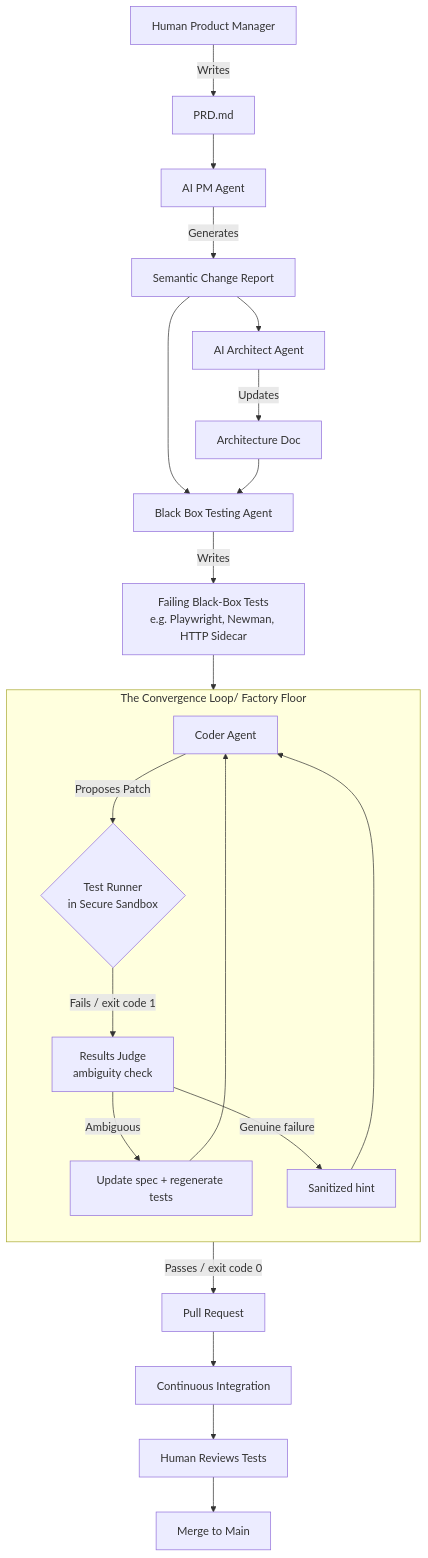
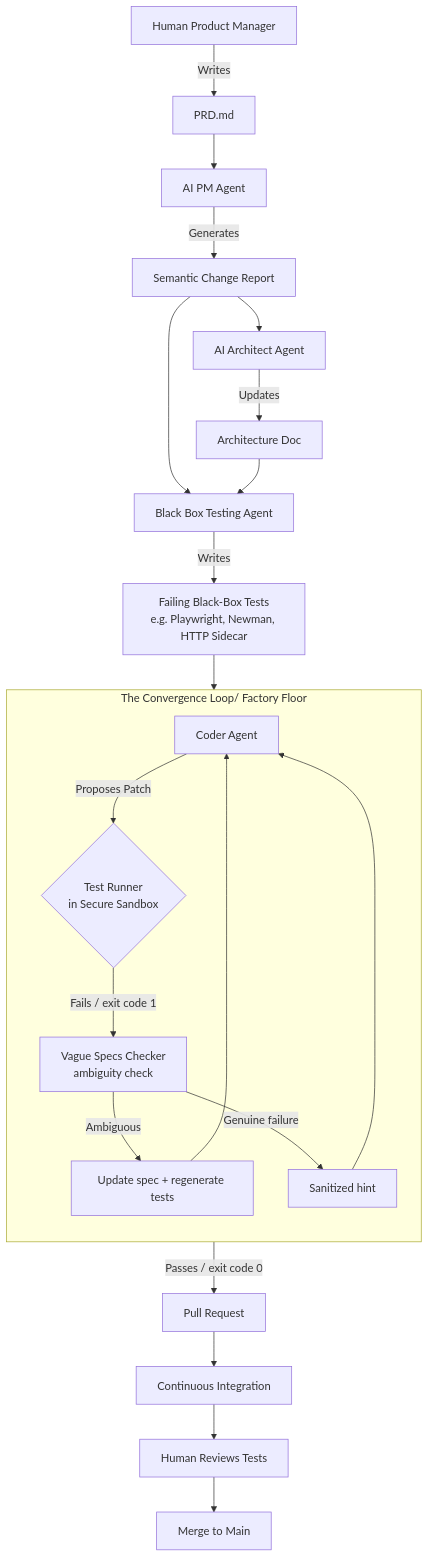
Before and after one commit to JuroOravec/safe-ai-factory: the diagram in docs/development/v0/README.md, drawn with Mermaid. The commit also changed other lines of this file and 161 other files, not shown here.

````diff
--- a/docs/development/v0/README.md
+++ b/docs/development/v0/README.md
@@ -18,35 +18,35 @@
 ```mermaid
 flowchart TD
     %% 1. Product Specification
     PM[Human Product Manager] -->|Writes| PRD[PRD.md]
 
     %% 2. Semantic Extraction
     PRD --> PM_Agent[AI PM Agent]
     PM_Agent -->|Generates| SCR[Semantic Change Report]
     SCR --> Arch_Agent[AI Architect Agent]
     Arch_Agent -->|Updates| ArchDoc[Architecture Doc]
 
     %% 3. Constraint Generation
     SCR --> BlackBox[Black Box Testing Agent]
     ArchDoc --> BlackBox
     BlackBox -->|Writes| Tests[Failing Black-Box Tests\ne.g. Playwright, Newman, HTTP Sidecar]
 
     %% 4. The Factory Floor (Convergence Loop)
     subgraph Convergence_Loop[The Convergence Loop/ Factory Floor]
         direction TB
         Coder[Coder Agent] -->|Proposes Patch| TestRunner{Test Runner<br/>in Secure Sandbox}
-        TestRunner -->|Fails / exit code 1| Judge[Results Judge<br/>ambiguity check]
-        Judge -->|Ambiguous| UpdateSpec[Update spec + regenerate tests]
+        TestRunner -->|Fails / exit code 1| VagueSpecsChecker[Vague Specs Checker<br/>ambiguity check]
+        VagueSpecsChecker -->|Ambiguous| UpdateSpec[Update spec + regenerate tests]
         UpdateSpec --> Coder
-        Judge -->|Genuine failure| Feedback[Sanitized hint]
+        VagueSpecsChecker -->|Genuine failure| Feedback[Sanitized hint]
         Feedback --> Coder
     end
 
     Tests --> Convergence_Loop
 
     %% 5. CI & Merge
     TestRunner -->|Passes / exit code 0| PR[Pull Request]
     PR --> CI[Continuous Integration]
     CI --> HumanReview[Human Reviews Tests]
     HumanReview --> Merge[Merge to Main]
 ```
````
